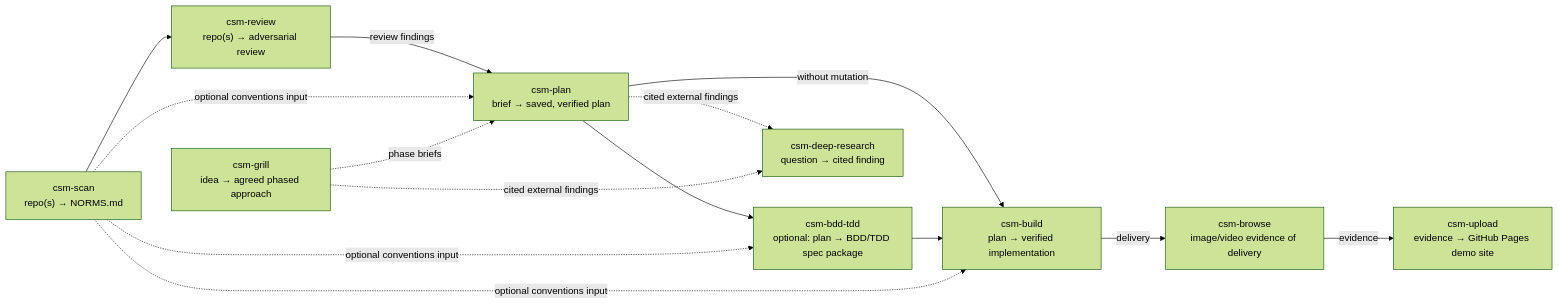
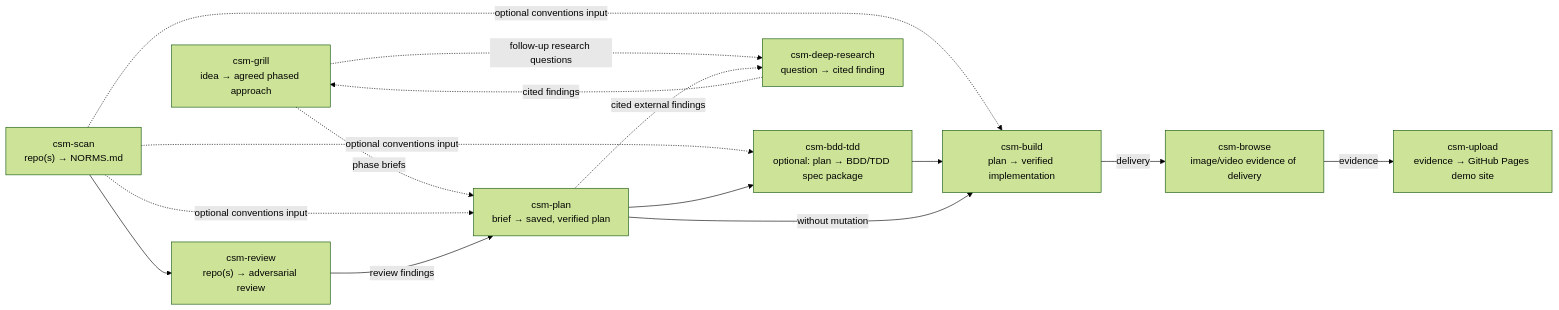
Before and after one commit to jamiemills/opencode-skills: the diagram in README.md, drawn with Mermaid (forest theme). The commit also changed other lines of this file, not shown here.

Commit message:
README: agent-agnostic framing — universal bootstrap as the primary install path, research-first lifecycle (research -> grill -> plan -> build), make as the dev interface (make install/check/test), model-agnostic cache wording; dropped progressive-disclosure phrasing

````diff
--- a/README.md
+++ b/README.md
@@ -32,14 +32,15 @@
 ```mermaid
 flowchart LR
     grill["csm-grill<br/>idea → agreed phased approach"] -.->|"phase briefs"| plan["csm-plan<br/>brief → saved, verified plan"]
     scan["csm-scan<br/>repo(s) → NORMS.md"] -.->|"optional conventions input"| plan
     scan -.->|"optional conventions input"| bdd["csm-bdd-tdd<br/>optional: plan → BDD/TDD spec package"]
     scan -.->|"optional conventions input"| build["csm-build<br/>plan → verified implementation"]
     scan --> review["csm-review<br/>repo(s) → adversarial review"] -->|"review findings"| plan
+    research["csm-deep-research<br/>question → cited finding"] -.->|"cited findings"| grill
+    grill -.->|"follow-up research questions"| research
+    plan -.->|"cited external findings"| research
     plan --> bdd
     bdd --> build
     plan -->|"without mutation"| build
-    grill -.->|"cited external findings"| research["csm-deep-research<br/>question → cited finding"]
-    plan -.->|"cited external findings"| research
     build -->|"delivery"| browse["csm-browse<br/>image/video evidence of delivery"] -->|"evidence"| upload["csm-upload<br/>evidence → GitHub Pages demo site"]
 ```
````
